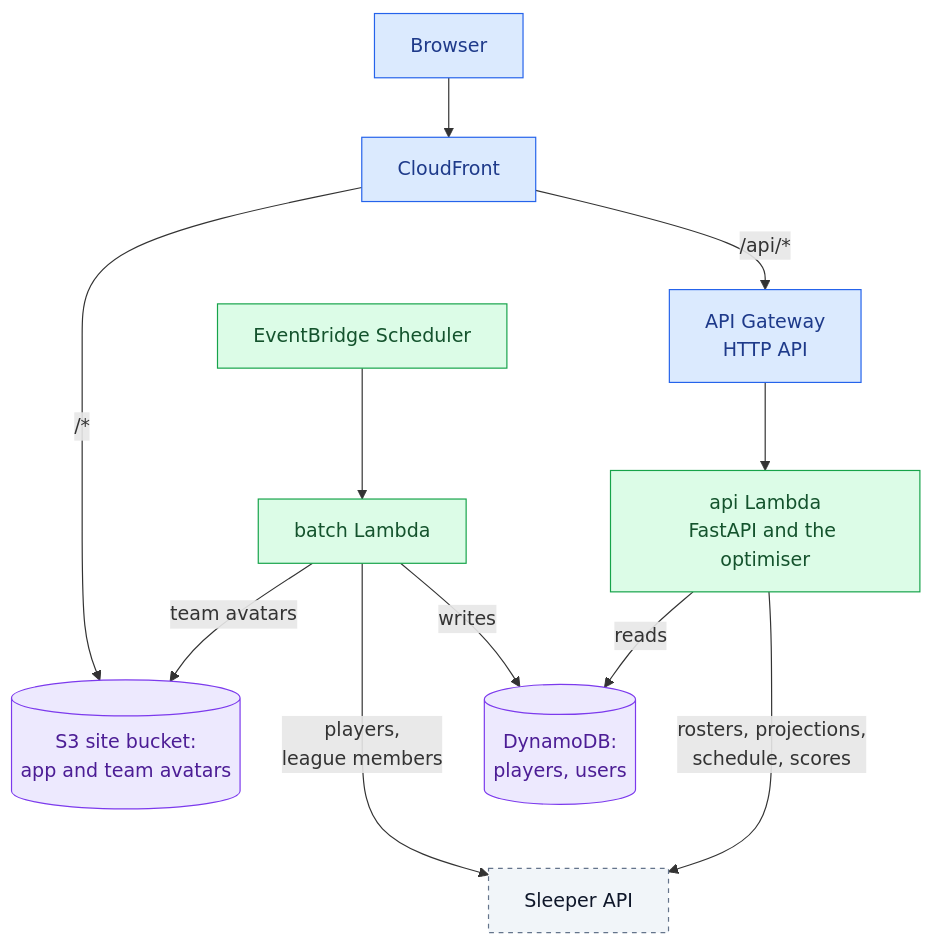
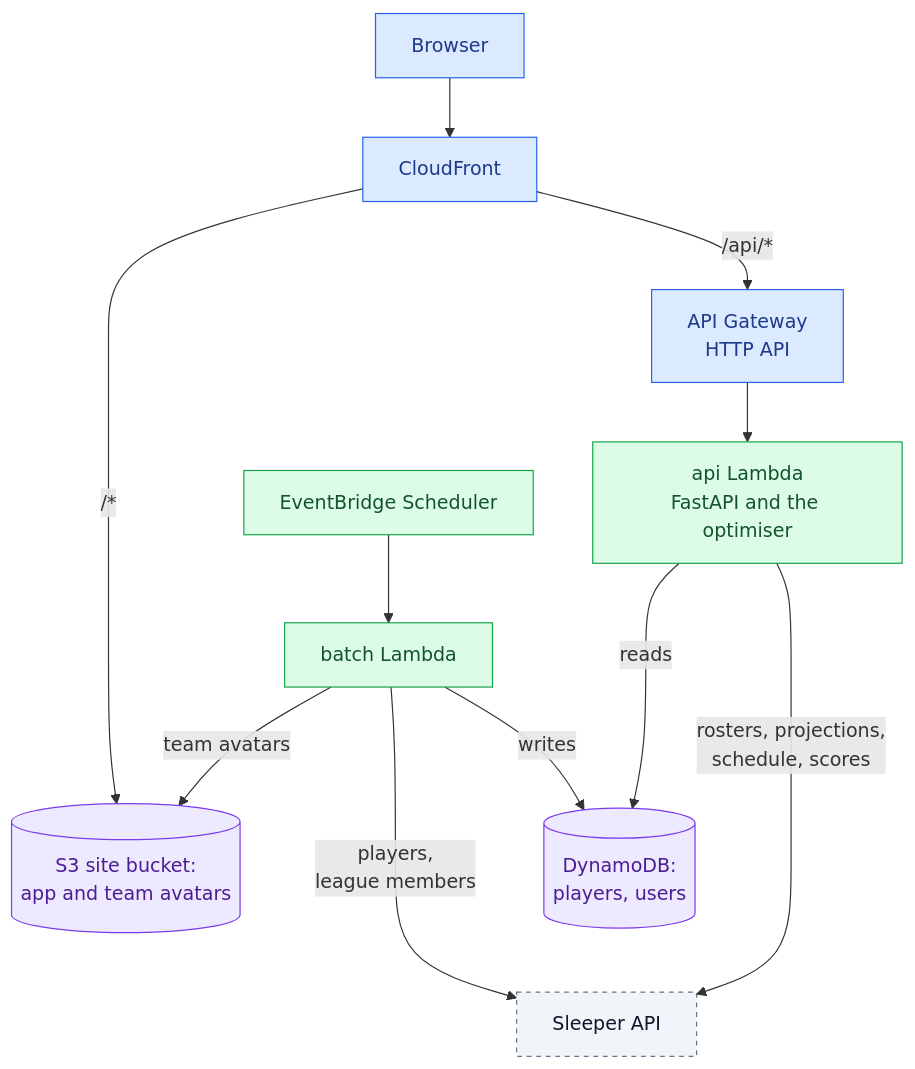
The diagram in README.md (JamesMcNeill2/fantasy-optimiser), drawn with Mermaid before and after one commit.

Commit message:
Updated diagram formatting

````diff
--- a/README.md
+++ b/README.md
@@ -45,23 +45,23 @@
 ```mermaid
 flowchart TB
   browser["Browser"] --> cf["CloudFront"]
   cf -- "/*" --> site[("S3 site bucket:<br/>app and team avatars")]
   cf -- "/api/*" --> apigw["API Gateway<br/>HTTP API"]
   apigw --> api["api Lambda<br/>FastAPI and the optimiser"]
   scheduler["EventBridge Scheduler"] --> batch["batch Lambda"]
   batch -- "team avatars" --> site
   batch -- "players,<br/>league members" --> sleeper["Sleeper API"]
   batch -- "writes" --> ddb[("DynamoDB:<br/>players, users")]
-  api -- "reads" --> ddb
+  api -- "reads" ---> ddb
   api -- "rosters, projections,<br/>schedule, scores" --> sleeper
   ddb ~~~ sleeper
 
   classDef entry fill:#dbeafe,stroke:#2563eb,color:#1e3a8a
   classDef compute fill:#dcfce7,stroke:#16a34a,color:#14532d
   classDef storage fill:#ede9fe,stroke:#7c3aed,color:#4c1d95
   classDef external fill:#f1f5f9,stroke:#64748b,color:#0f172a,stroke-dasharray:4
   class browser,cf,apigw entry
   class scheduler,batch,api compute
   class site,ddb storage
   class sleeper external
 ```
````
